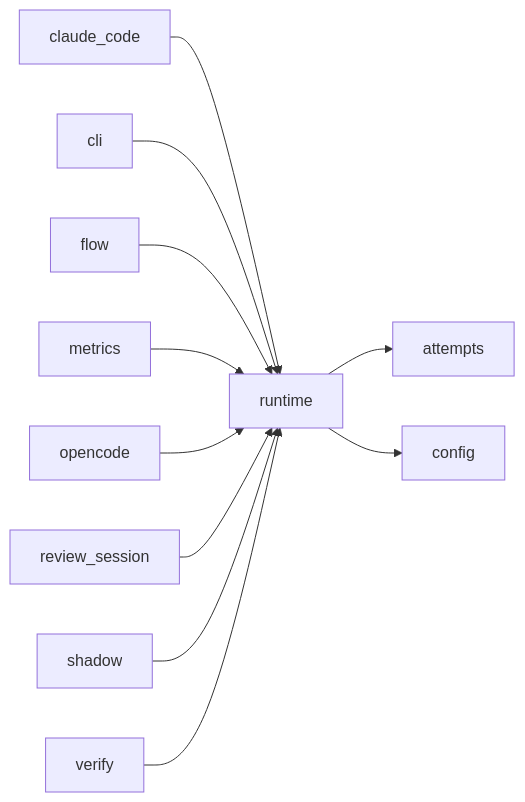
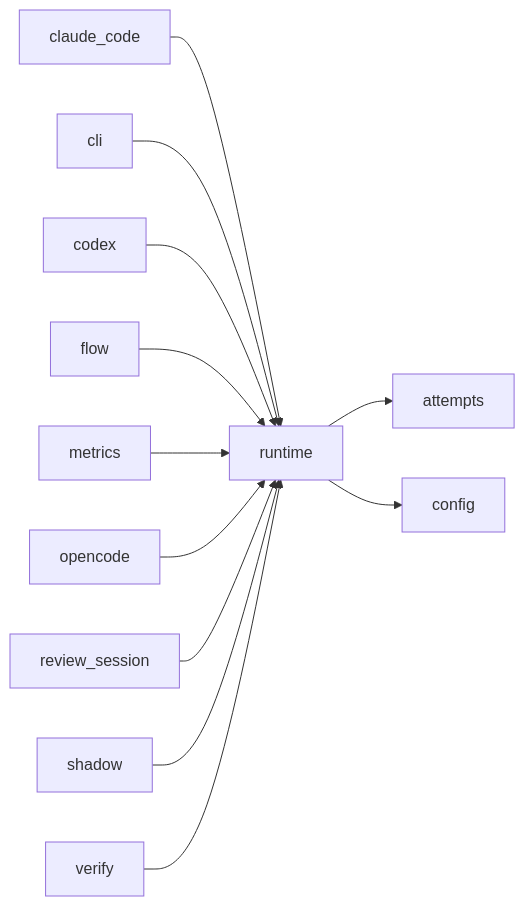
One commit to plaplanche/ariane changed the third of 3 diagrams in docs/architecture/modules/runtime.md. Above: the diagram before and after it, drawn with Mermaid. The commit also changed other lines of this file and 30 other files, not shown here.

Commit message:
#157: Codex as a reviewer runtime: read-only codex exec on a ChatGPT plan or an API key, with a quota stop (C5, C10)

````diff
--- a/docs/architecture/modules/runtime.md
+++ b/docs/architecture/modules/runtime.md
@@ -81,13 +81,14 @@
 ```mermaid
 flowchart LR
   claude_code --> runtime
   cli --> runtime
+  codex --> runtime
   flow --> runtime
   metrics --> runtime
   opencode --> runtime
   review_session --> runtime
   runtime --> attempts
   runtime --> config
   shadow --> runtime
   verify --> runtime
 ```
````
